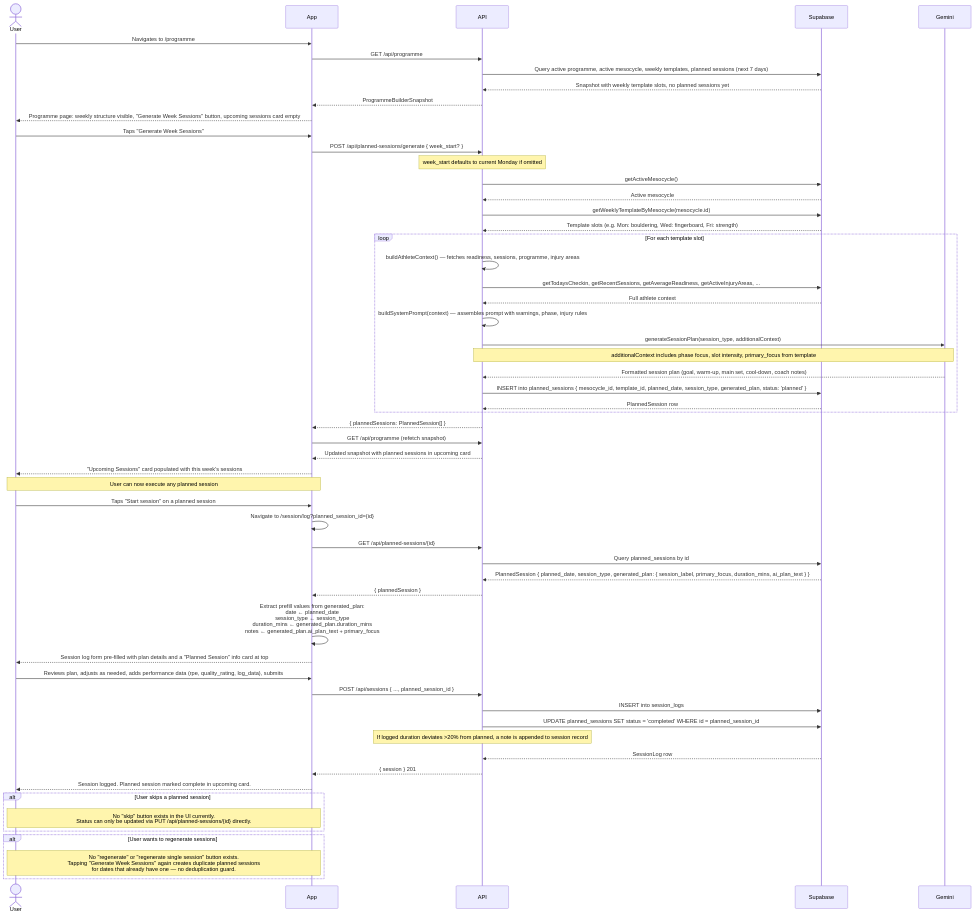
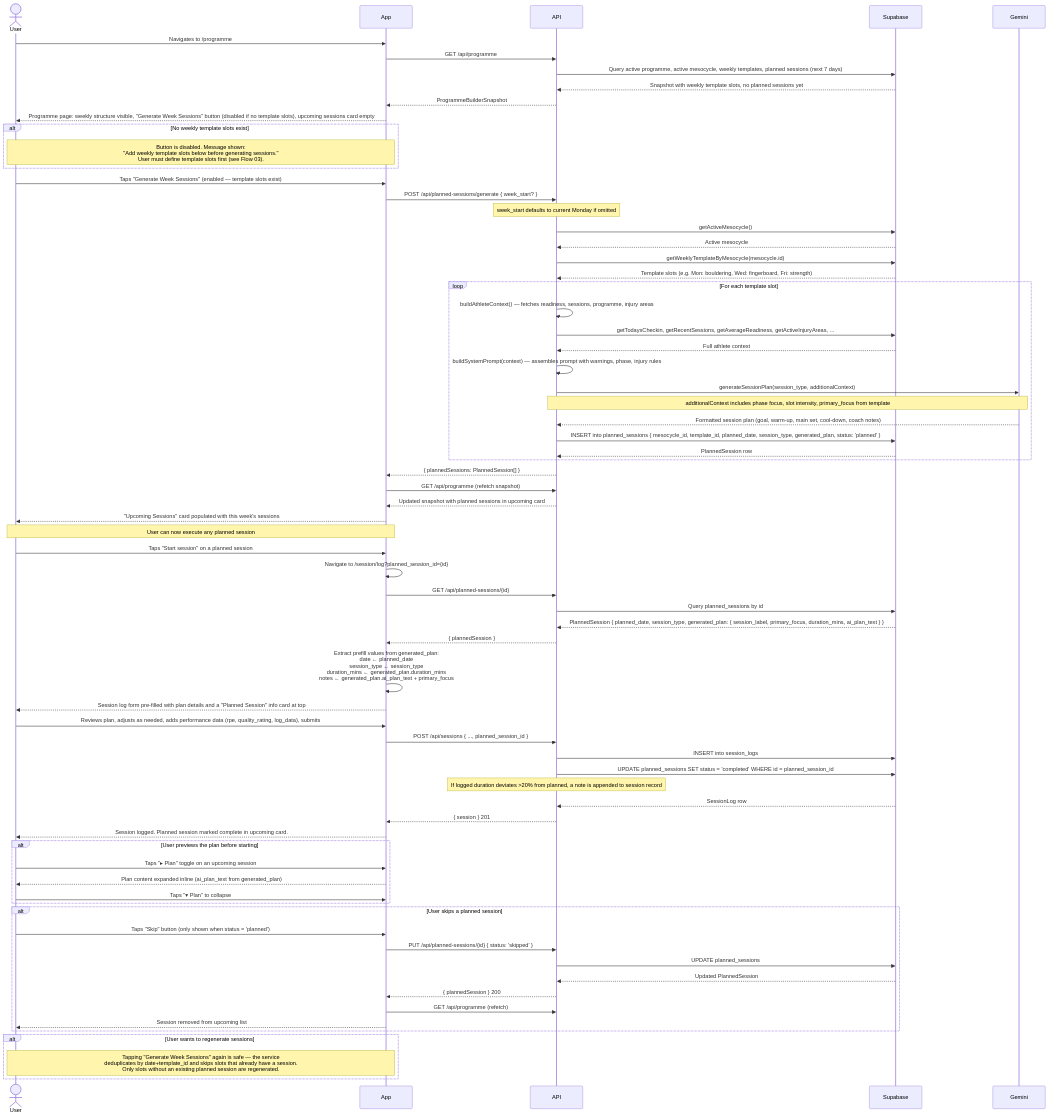
The diagram in docs/ux/04-session-planning.md (quzle/climbing-coach), drawn with Mermaid before and after one commit. The commit also changed other lines of this file and 4 other files, not shown here.

````diff
--- a/docs/ux/04-session-planning.md
+++ b/docs/ux/04-session-planning.md
@@ -23,9 +23,13 @@
     API->>Supabase: Query active programme, active mesocycle, weekly templates, planned sessions (next 7 days)
     Supabase-->>API: Snapshot with weekly template slots, no planned sessions yet
     API-->>App: ProgrammeBuilderSnapshot
-    App-->>User: Programme page: weekly structure visible, "Generate Week Sessions" button, upcoming sessions card empty
+    App-->>User: Programme page: weekly structure visible, "Generate Week Sessions" button (disabled if no template slots), upcoming sessions card empty
 
-    User->>App: Taps "Generate Week Sessions"
+    alt No weekly template slots exist
+        Note over User,App: Button is disabled. Message shown:<br/>"Add weekly template slots below before generating sessions."<br/>User must define template slots first (see Flow 03).
+    end
+
+    User->>App: Taps "Generate Week Sessions" (enabled — template slots exist)
     App->>API: POST /api/planned-sessions/generate { week_start? }
     Note over API: week_start defaults to current Monday if omitted
 
@@ -72,11 +76,23 @@
     API-->>App: { session } 201
     App-->>User: Session logged. Planned session marked complete in upcoming card.
 
+    alt User previews the plan before starting
+        User->>App: Taps "▸ Plan" toggle on an upcoming session
+        App-->>User: Plan content expanded inline (ai_plan_text from generated_plan)
+        User->>App: Taps "▾ Plan" to collapse
+    end
+
     alt User skips a planned session
-        Note over User,App: No "skip" button exists in the UI currently.<br/>Status can only be updated via PUT /api/planned-sessions/{id} directly.
+        User->>App: Taps "Skip" button (only shown when status = 'planned')
+        App->>API: PUT /api/planned-sessions/{id} { status: 'skipped' }
+        API->>Supabase: UPDATE planned_sessions
+        Supabase-->>API: Updated PlannedSession
+        API-->>App: { plannedSession } 200
+        App->>API: GET /api/programme (refetch)
+        App-->>User: Session removed from upcoming list
     end
 
     alt User wants to regenerate sessions
-        Note over User,App: No "regenerate" or "regenerate single session" button exists.<br/>Tapping "Generate Week Sessions" again creates duplicate planned sessions<br/>for dates that already have one — no deduplication guard.
+        Note over User,App: Tapping "Generate Week Sessions" again is safe — the service<br/>deduplicates by date+template_id and skips slots that already have a session.<br/>Only slots without an existing planned session are regenerated.
     end
 ```
````
